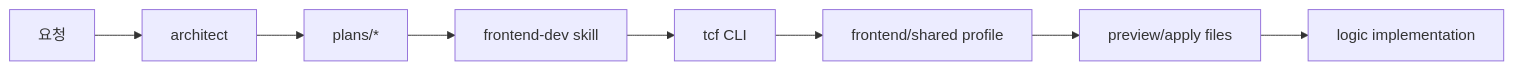
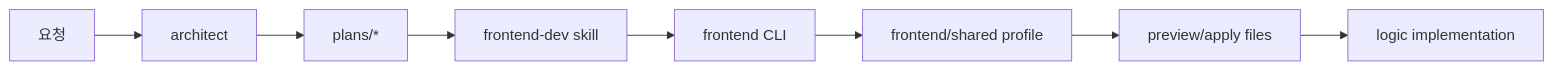
Before and after one commit to SeoJaeWan/try-claude-code: diagram 14 of 14 in docs/claude-code-workflow-evolution.md, drawn with Mermaid. The commit also changed other lines of this file and 110 other files, not shown here.

Commit message:
refactor: unify frontend and backend CLI surfaces

````diff
--- a/docs/claude-code-workflow-evolution.md
+++ b/docs/claude-code-workflow-evolution.md
@@ -772,13 +772,13 @@
 ```mermaid
 flowchart LR
     U["요청"]
     ARCH["architect"]
     PLAN["plans/*"]
     FE["frontend-dev skill"]
-    TCF["tcf CLI"]
+    TCF["frontend CLI"]
     PROFILE["frontend/shared profile"]
     FILES["preview/apply files"]
     IMPL["logic implementation"]
 
     U --> ARCH --> PLAN --> FE --> TCF --> PROFILE --> FILES --> IMPL
 ```
````
